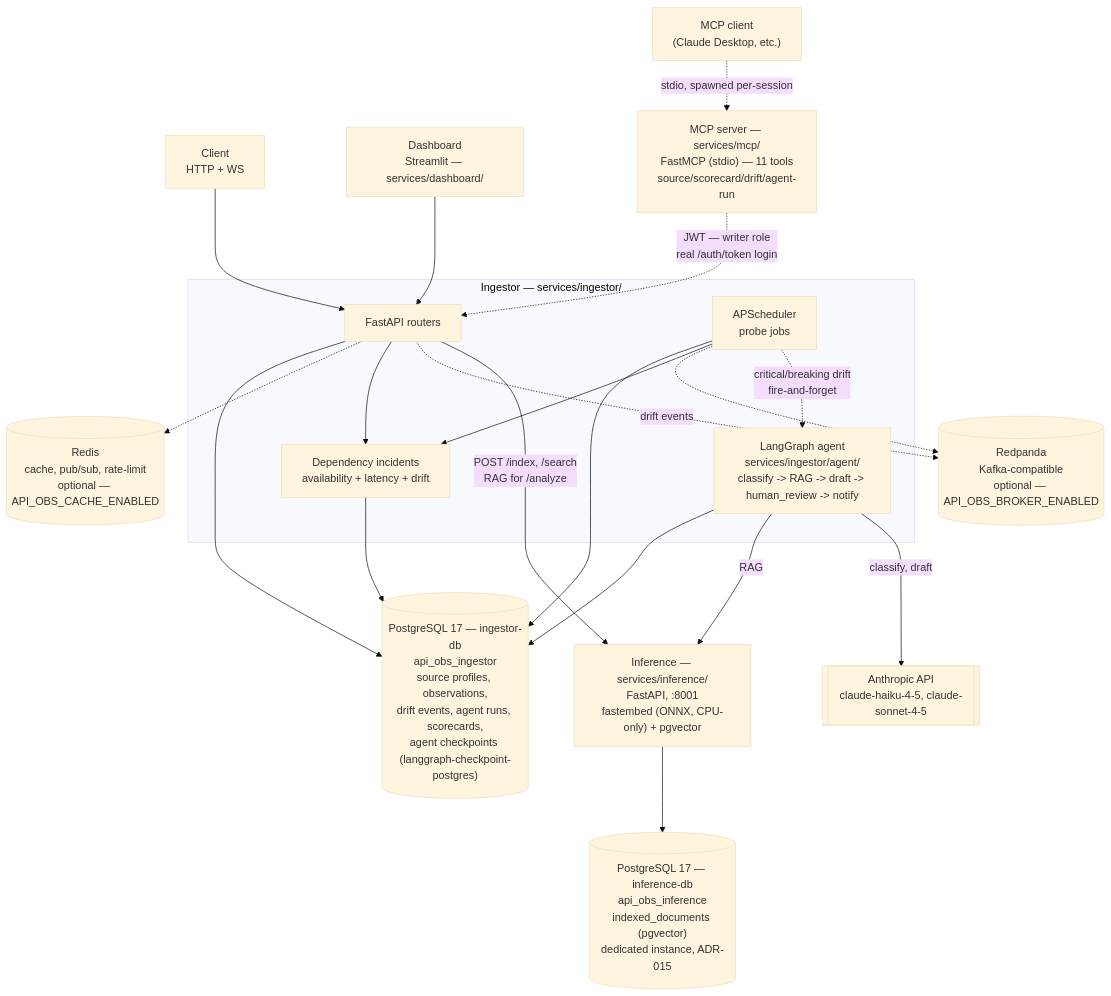
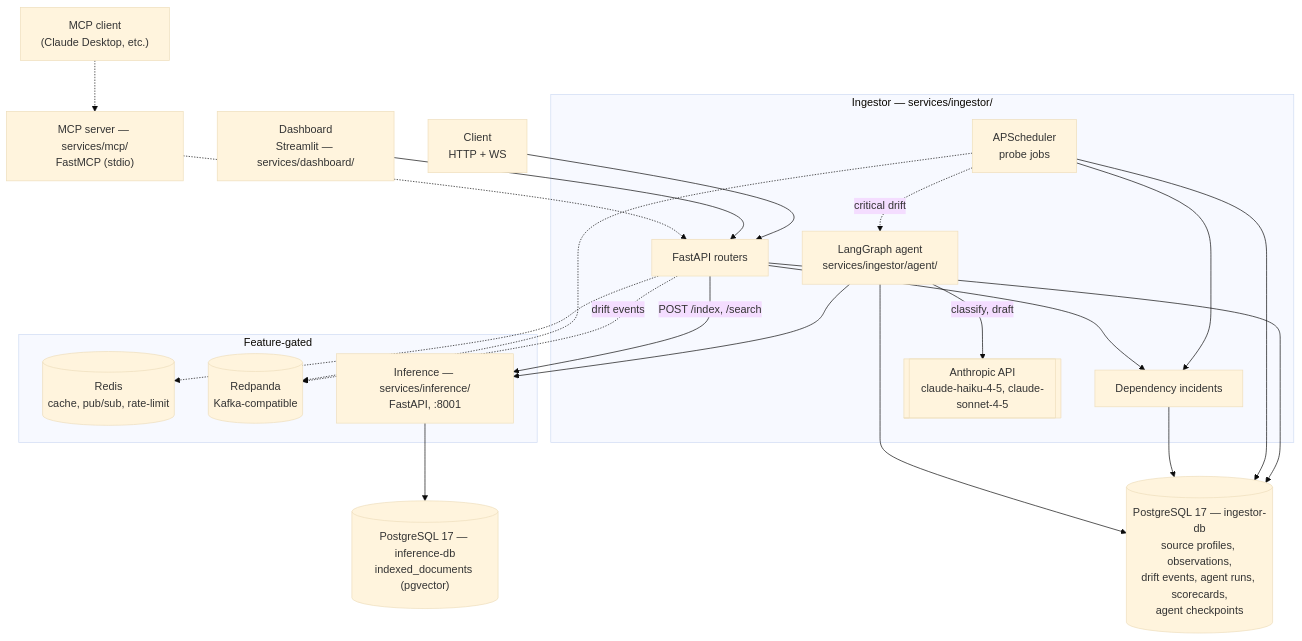
One commit to ivanprytula/api-observatory changed the first of 5 diagrams in docs/02-architecture/application-architecture.md. Above: the diagram before and after it, drawn with Mermaid (base theme). The commit also changed other lines of this file and 2 other files, not shown here.

First line of the commit message:
docs(architecture): align container and incident docs with real status

````diff
--- a/docs/02-architecture/application-architecture.md
+++ b/docs/02-architecture/application-architecture.md
@@ -24,41 +10,46 @@
 ```mermaid
 flowchart TB
     Client["Client\nHTTP + WS"]
     Dashboard["Dashboard\nStreamlit — services/dashboard/"]
-
-    subgraph App["Ingestor — services/ingestor/"]
-      API["FastAPI routers"]
-      Scheduler["APScheduler\nprobe jobs"]
-      Incidents["Dependency incidents\navailability + latency + drift"]
-      Agent["LangGraph agent\nservices/ingestor/agent/\nclassify -> RAG -> draft -> human_review -> notify"]
-    end
-
-    Inference["Inference — services/inference/\nFastAPI, :8001\nfastembed (ONNX, CPU-only) + pgvector"]
-    Anthropic[["Anthropic API\nclaude-haiku-4-5, claude-sonnet-4-5"]]
-    MCP["MCP server — services/mcp/\nFastMCP (stdio) — 11 tools\nsource/scorecard/drift/agent-run"]
-    LLMClient["MCP client\n(Claude Desktop, etc.)"]
-
-    Postgres[("PostgreSQL 17 — ingestor-db\napi_obs_ingestor\nsource profiles, observations,\ndrift events, agent runs, scorecards,\nagent checkpoints (langgraph-checkpoint-postgres)")]
-    InferenceDB[("PostgreSQL 17 — inference-db\napi_obs_inference\nindexed_documents (pgvector)\ndedicated instance, ADR-015")]
-    Cache[("Redis\ncache, pub/sub, rate-limit\noptional — API_OBS_CACHE_ENABLED")]
-    Broker[("Redpanda\nKafka-compatible\noptional — API_OBS_BROKER_ENABLED")]
+    Postgres[("PostgreSQL 17 — ingestor-db\nsource profiles, observations,\ndrift events, agent runs, scorecards,\nagent checkpoints")]
+    InferenceDB[("PostgreSQL 17 — inference-db\nindexed_documents (pgvector)")]
 
     Client --> API
     Dashboard --> API
+
+    subgraph Ingestor["Ingestor — services/ingestor/"]
+        API["FastAPI routers"]
+        Scheduler["APScheduler\nprobe jobs"]
+        Incidents["Dependency incidents"]
+        Agent["LangGraph agent\nservices/ingestor/agent/"]
+        Anthropic[["Anthropic API\nclaude-haiku-4-5, claude-sonnet-4-5"]]
+    end
+
+    subgraph Optional["Feature-gated"]
+        Cache[("Redis\ncache, pub/sub, rate-limit")]
+        Broker[("Redpanda\nKafka-compatible")]
+        Inference["Inference — services/inference/\nFastAPI, :8001"]
+    end
+
+    MCP["MCP server — services/mcp/\nFastMCP (stdio)"]
+    LLMClient["MCP client\n(Claude Desktop, etc.)"]
+
     API --> Postgres
-    API -.-> Cache
     Scheduler --> Postgres
     Scheduler --> Incidents
     API --> Incidents
     Incidents --> Postgres
+    Agent --> Postgres
+    Agent --> Inference
+    Scheduler -.->|critical drift| Agent
+    Agent -->|classify, draft| Anthropic
+
+    API -.-> Cache
+    API -.->|drift events| Broker
     Scheduler -.-> Broker
-    API -.->|drift events| Broker
-    API -->|POST /index, /search\nRAG for /analyze| Inference
+    API -->|POST /index, /search| Inference
     Inference --> InferenceDB
-    Scheduler -.->|critical/breaking drift\nfire-and-forget| Agent
-    Agent --> Postgres
-    Agent -->|RAG| Inference
-    Agent -->|classify, draft| Anthropic
-    LLMClient -.->|stdio, spawned per-session| MCP
-    MCP -.->|JWT — writer role\nreal /auth/token login| API
+
+    LLMClient -.-> MCP
+    MCP -.-> API
 ```
````
